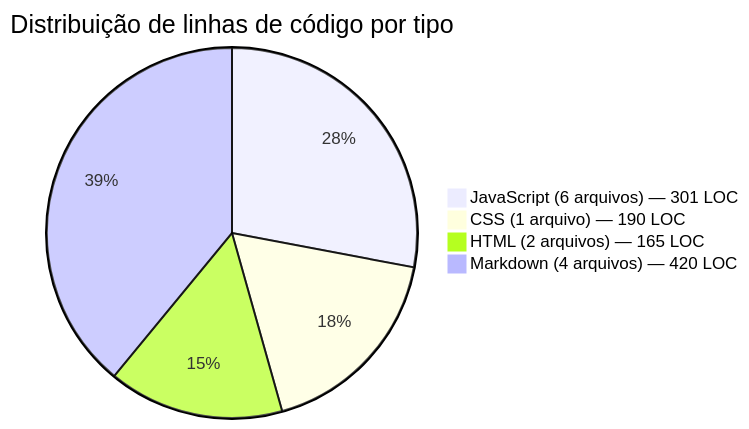
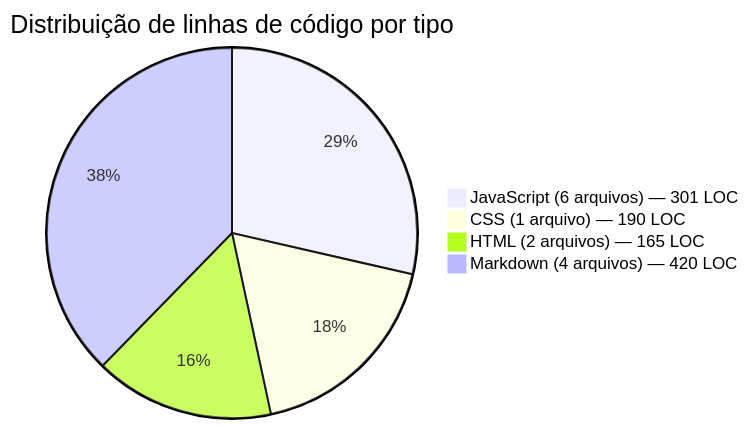
The second of 3 diagrams in Relatorio-de-Processo-Qualidade.md (1Rhuan/Conversor-de-Unidades), drawn with Mermaid before and after one commit.

Commit message:
Fix Markdown LOC count in quality report
Corrected the line count for Markdown files in the report.

````diff
--- a/Relatorio-de-Processo-Qualidade.md
+++ b/Relatorio-de-Processo-Qualidade.md
@@ -147,7 +147,7 @@
 ``` mermaid
 pie title Distribuição de linhas de código por tipo
 "JavaScript (6 arquivos) — 301 LOC" : 301
 "CSS (1 arquivo) — 190 LOC" : 190
 "HTML (2 arquivos) — 165 LOC" : 165
-"Markdown (4 arquivos) — 420 LOC" : 420
+"Markdown (4 arquivos) — 420 LOC" : 397
 ```
````
